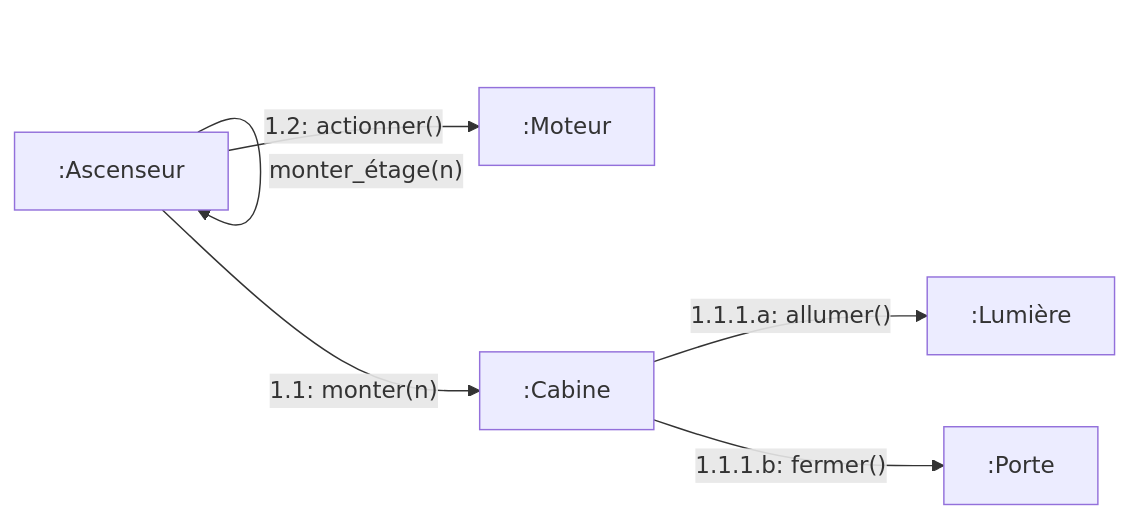
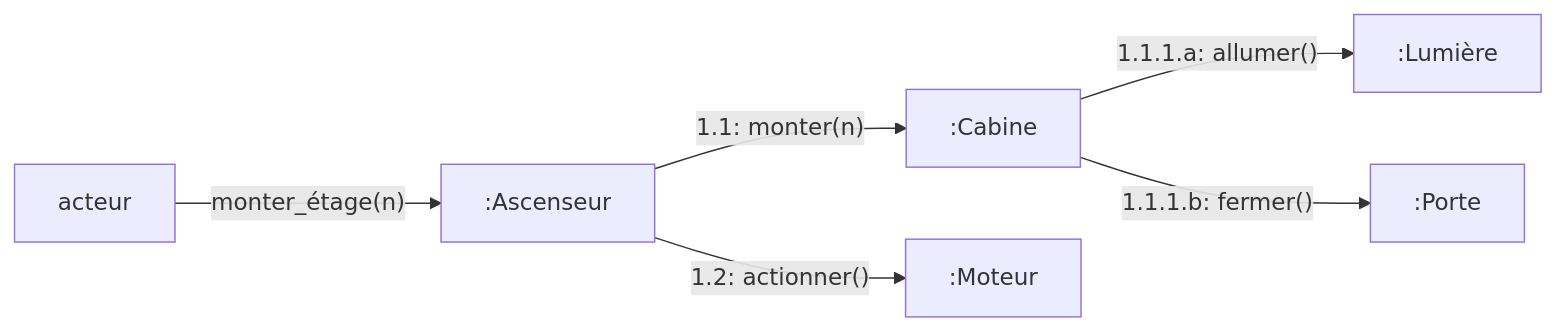
Before and after one commit to Yahya8bit/ensi-survival-kit: diagram 21 of 30 in docs/Year 2/Semester 1/ACOO/Cours/acoo-analyse-modele-dynamique.md, drawn with Mermaid. The commit also changed other lines of this file, not shown here.

````diff
--- a/docs/Year 2/Semester 1/ACOO/Cours/acoo-analyse-modele-dynamique.md
+++ b/docs/Year 2/Semester 1/ACOO/Cours/acoo-analyse-modele-dynamique.md
@@ -587,8 +586,8 @@
 ```mermaid
 flowchart LR
-    Ascenseur[":Ascenseur"] -->|"monter_étage(n)"| Ascenseur
+    Acteur["acteur"] -->|"monter_étage(n)"| Ascenseur[":Ascenseur"]
     Ascenseur -->|"1.1: monter(n)"| Cabine[":Cabine"]
     Cabine -->|"1.1.1.a: allumer()"| Lumiere[":Lumière"]
     Cabine -->|"1.1.1.b: fermer()"| Porte[":Porte"]
     Ascenseur -->|"1.2: actionner()"| Moteur[":Moteur"]
 ```
````
